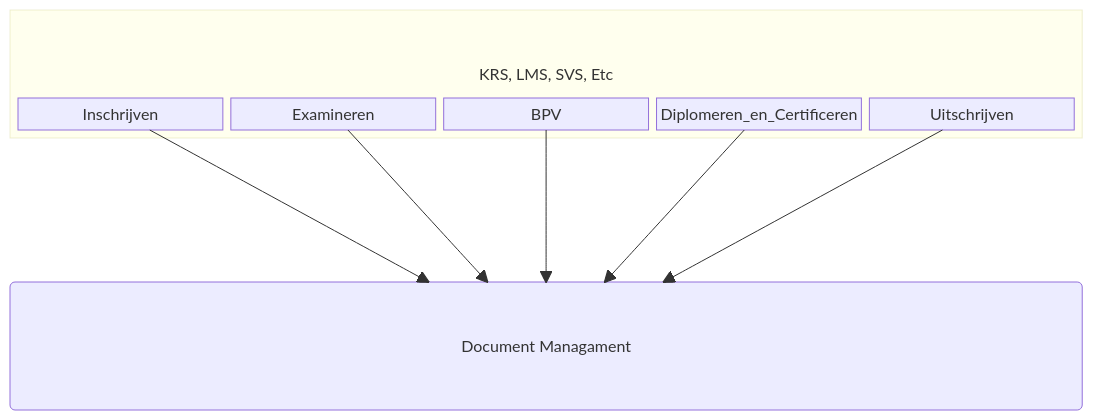
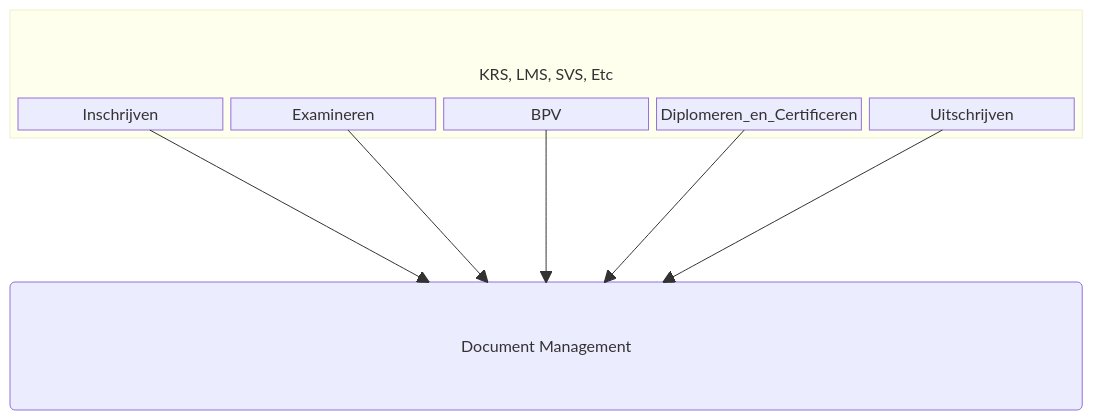
Before and after one commit to Onderwijs-Koppelingen-OKx/OKD-Document-Management: the first of 2 diagrams in README.md, drawn with Mermaid.

````diff
--- a/README.md
+++ b/README.md
@@ -28,21 +28,21 @@
 ```mermaid
 block-beta
 columns 1
   block:ID("KRS, LMS, SVS, Etc")
   columns 5
     space:10
     Inschrijven
     Examineren
     BPV
     Diplomeren_en_Certificeren
     Uitschrijven
   end
   space
-  D ("Document Managament")
+  D ("Document Management")
   Inschrijven --> D
   Examineren --> D
   BPV --> D
   Diplomeren_en_Certificeren --> D
   Uitschrijven --> D
 
 ```
````
